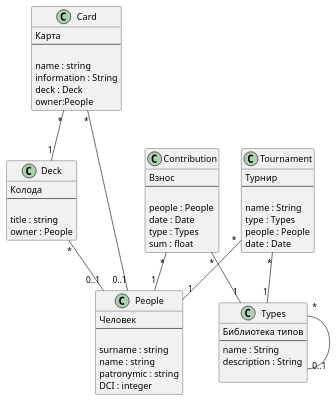
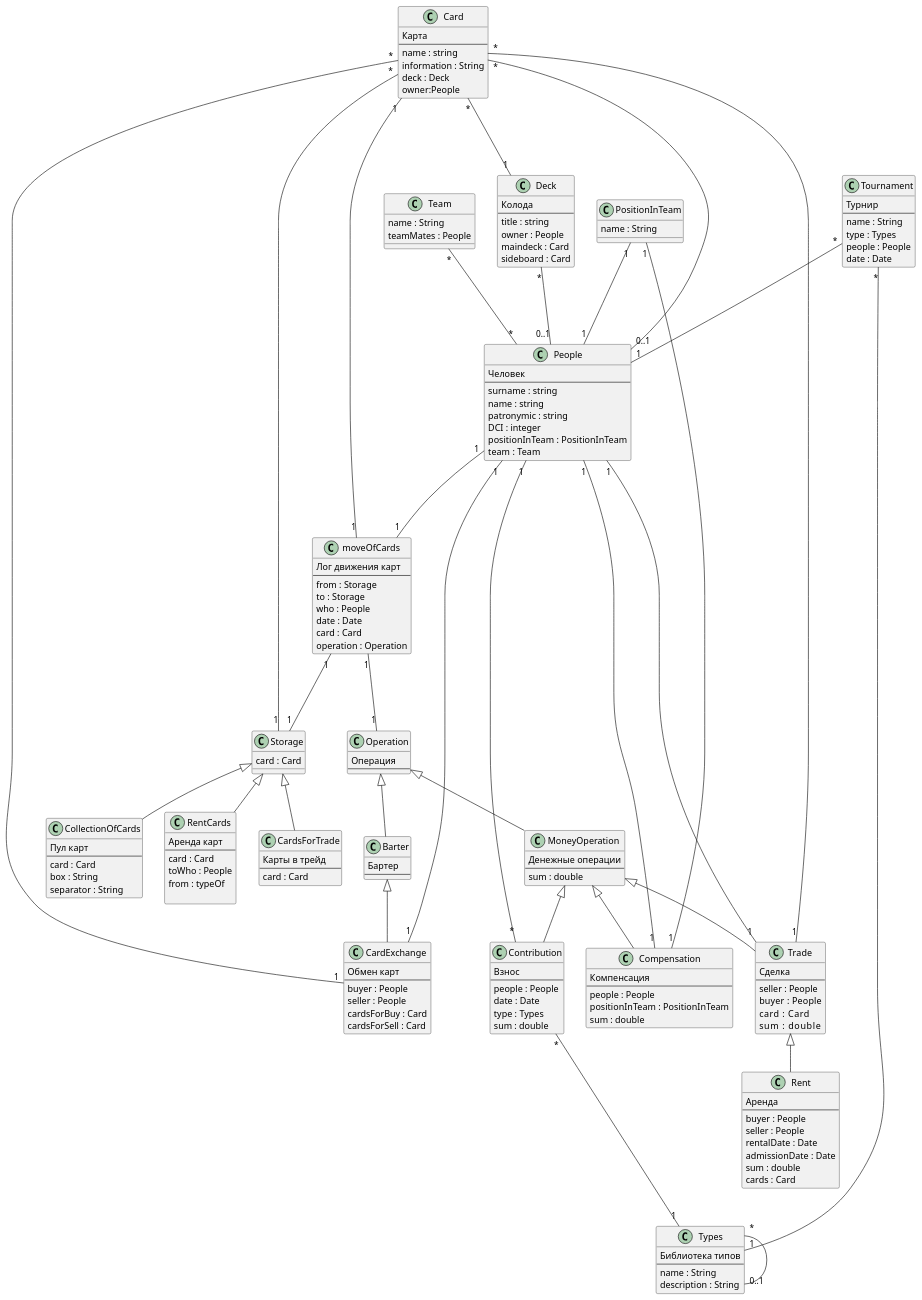
Before and after one commit to voindozor2/regCardsMagic: the diagram in _modelling/draft-model.puml, drawn with PlantUML. The commit also changed 2 other files, not shown here.

```diff
--- a/_modelling/draft-model.puml
+++ b/_modelling/draft-model.puml
@@ -3,7 +3,6 @@
 class People {
 Человек
 --
-
 'Фамилия
 surname : string
 'Имя
@@ -12,22 +11,28 @@
 patronymic : string
 'DCI
 DCI : integer
+'Должность в команде
+positionInTeam : PositionInTeam
+'Команда
+team : Team
 }
 
-class Deck {
+class Deck{
 Колода
 --
-
 'Название
 title : string
 'Владелец
 owner : People
+'Основная колода
+maindeck : Card
+'Дополнительная колода
+sideboard : Card
 }
 
 class Card {
 Карта
 --
-
 'Название
 name : string
 'Инфа о карте
@@ -38,24 +43,9 @@
 owner:People
 }
 
-class Contribution {
-Взнос
---
-
-'Человек
-people : People
-'Дата
-date : Date
-'Тип
-type : Types
-'Сумма
-sum : float
-}
-
 class Tournament {
 Турнир
 --
-
 'Название
 name : String
 'Тип
@@ -73,19 +63,173 @@
 name : String
 'Описание
 description : String
+}
+
+class CollectionOfCards extends Storage{
+    Пул карт
+    --
+    card : Card
+    box : String
+    separator : String
+}
+
+class RentCards extends Storage{
+    Аренда карт
+    --
+    card : Card
+    toWho : People
+    from : typeOf
 
 }
 
-Deck "*" -- "0..1" People
+class CardsForTrade extends Storage {
+    Карты в трейд
+    --
+    card : Card
+}
 
-Card "*" -- "0..1" People
-Card "*" -- "1" Deck
+class Storage {
+    card : Card
+}
 
-Tournament "*" -- "1" People
-Tournament "*" -- "1" Types
+class Operation {
+Операция
+--
+}
 
-Contribution "*" -- "1" People
-Contribution "*" -- "1" Types
+class Barter extends Operation {
+Бартер
+--
+}
 
-Types "*" -- "0..1" Types
+class MoneyOperation extends Operation{
+    Денежные операции
+    --
+    sum : double
+}
+
+class Contribution extends MoneyOperation {
+Взнос
+--
+'Человек
+people : People
+'Дата
+date : Date
+'Тип
+type : Types
+'Сумма
+sum : double
+}
+
+class Trade extends MoneyOperation{
+    Сделка
+    --
+    'Продавец
+    seller : People
+    'Покупатель
+    buyer  : People
+    'Список карт
+    card   : Card 
+    'Сумма
+    sum    : double
+}
+
+class CardExchange extends Barter{
+    Обмен карт
+    --
+    '1 Человек который хочет обменять
+    buyer : People
+    '2 Человек у которого хотят обменять
+    seller : People 
+    'Карты 1 го человека
+    cardsForBuy : Card
+    'Карты 2 го человека
+    cardsForSell : Card
+}
+
+class Rent extends Trade {
+    Аренда
+    --
+    'Человек берущий в аренду
+    buyer : People
+    'Человек дающий в аренду
+    seller : People   
+    'Дата сдачи в аренду
+    rentalDate : Date
+    'Дата приема из аренды
+    admissionDate : Date
+    'Оплата за аренду в рублях
+    sum : double
+    'Карты которые берут в аренду
+    cards : Card
+}
+
+class PositionInTeam {
+    'Наименование
+    name : String
+}
+
+class Compensation extends MoneyOperation {
+    Компенсация
+    --
+    'Человек которому полагается компенсация
+    people : People
+    'В связи с чем ему предполагается компенсация(должность занимаемая в команде)
+    positionInTeam : PositionInTeam
+    'Сумма компенсации
+    sum : double
+}
+
+Class Team {
+    name : String
+    teamMates : People
+}
+
+Class moveOfCards {
+    Лог движения карт
+    --
+    'Откуда пришла карта
+     from : Storage
+    'Куда пришла карта
+     to : Storage
+    'Кто совершил эту операцию
+     who : People
+    'Дата
+    date : Date
+    'Карта
+    card : Card
+    'Операция
+    operation : Operation
+}
+
+Deck "*" --- "0..1" People
+
+Card "*" --- "0..1" People
+Card "*" --- "1" Deck
+Card "*" --- "1" CardExchange
+Card "*" --- "1" Trade
+Card "*" --- "1" Storage
+Card "1" --- "1" moveOfCards
+
+Tournament "*" --- "1" People
+Tournament "*" --- "1" Types
+
+Contribution "*" --- "1" People
+Contribution "*" --- "1" Types
+
+Types "*" --- "0..1" Types
+
+People "1" --- "1" CardExchange
+People "1" ---"1" Trade
+People "1" --- "1" Compensation
+People "1" --- "1" moveOfCards
+
+
+PositionInTeam "1" --- "1" People
+PositionInTeam "1" --- "1" Compensation
+
+moveOfCards "1" --- "1" Storage
+moveOfCards "1" --- "1" Operation
+
+Team "*" --- "*" People
 @enduml
```
